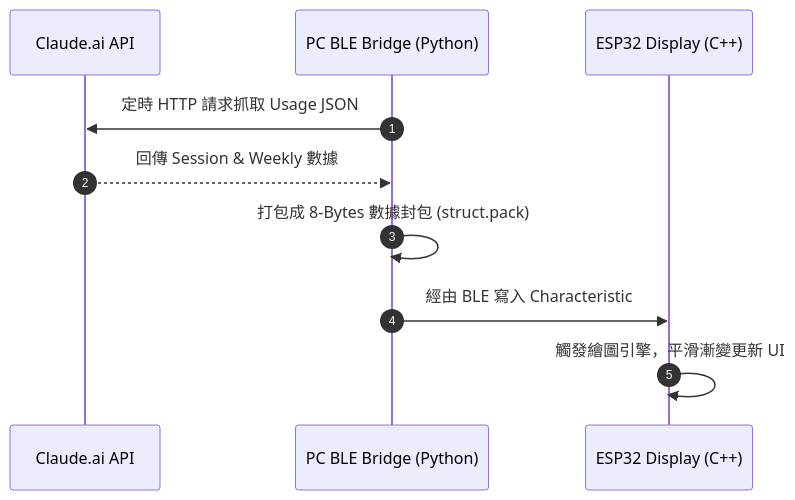
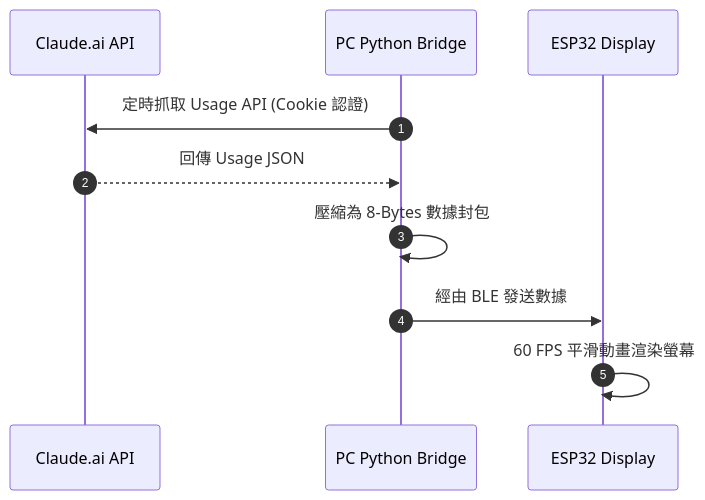
Before and after one commit to stingch/ClaudeMeter: the diagram in README.md, drawn with Mermaid. The commit also changed other lines of this file, not shown here.

````diff
--- a/README.md
+++ b/README.md
@@ -51,13 +56,13 @@
 ```mermaid
 sequenceDiagram
     autonumber
     participant Claude as Claude.ai API
-    participant PC as PC BLE Bridge (Python)
-    participant ESP32 as ESP32 Display (C++)
+    participant PC as PC Python Bridge
+    participant ESP32 as ESP32 Display
 
-    PC->>Claude: 定時 HTTP 請求抓取 Usage JSON
-    Claude-->>PC: 回傳 Session & Weekly 數據
-    PC->>PC: 打包成 8-Bytes 數據封包 (struct.pack)
-    PC->>ESP32: 經由 BLE 寫入 Characteristic
-    ESP32->>ESP32: 觸發繪圖引擎，平滑漸變更新 UI
+    PC->>Claude: 定時抓取 Usage API (Cookie 認證)
+    Claude-->>PC: 回傳 Usage JSON
+    PC->>PC: 壓縮為 8-Bytes 數據封包
+    PC->>ESP32: 經由 BLE 發送數據
+    ESP32->>ESP32: 60 FPS 平滑動畫渲染螢幕
 ```
````
